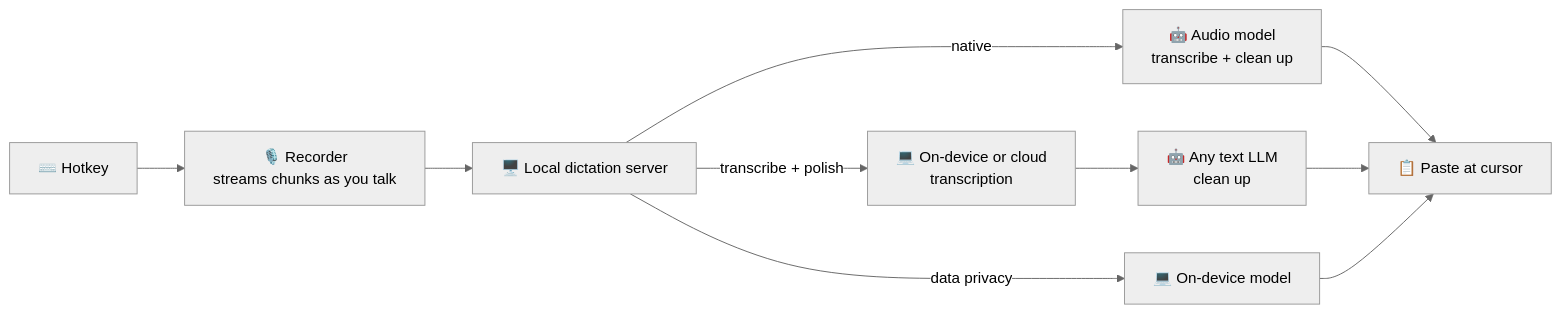
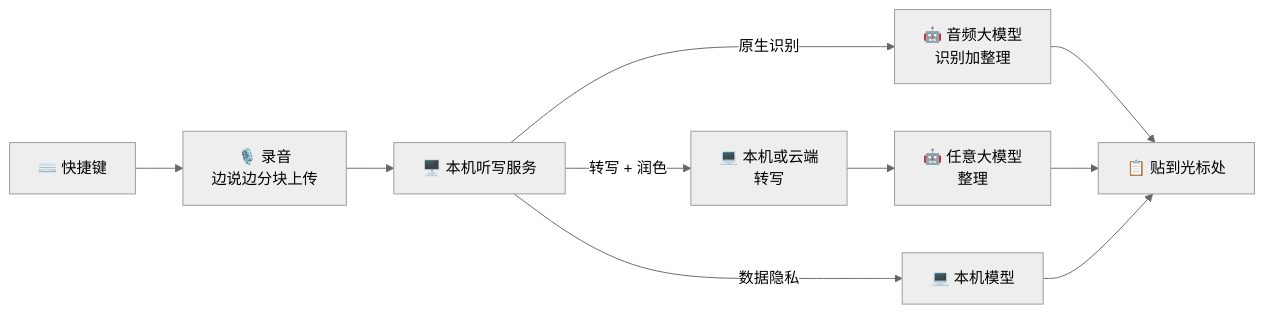
The diagram in README.md (GavinMo1/speakmore), drawn with Mermaid (neutral theme) before and after one commit. The commit also changed other lines of this file and 7 other files, not shown here.

````diff
--- a/README.md
+++ b/README.md
@@ -296,12 +296,12 @@
 ```mermaid
 flowchart LR
-  A["⌨️ Hotkey"] --> B["🎙️ Recorder<br/>streams chunks as you talk"]
-  B --> C["🖥️ Local dictation server"]
-  C -- native --> D["🤖 Audio model<br/>transcribe + clean up"]
-  C -- transcribe + polish --> L["💻 On-device or cloud<br/>transcription"]
-  L --> P["🤖 Any text LLM<br/>clean up"]
-  C -- data privacy --> Q["💻 On-device model"]
-  D --> E["📋 Paste at cursor"]
+  A["⌨️ 快捷键"] --> B["🎙️ 录音<br/>边说边分块上传"]
+  B --> C["🖥️ 本机听写服务"]
+  C -- 原生识别 --> D["🤖 音频大模型<br/>识别加整理"]
+  C -- 转写 + 润色 --> L["💻 本机或云端<br/>转写"]
+  L --> P["🤖 任意大模型<br/>整理"]
+  C -- 数据隐私 --> Q["💻 本机模型"]
+  D --> E["📋 贴到光标处"]
   P --> E
   Q --> E
 ```
````
